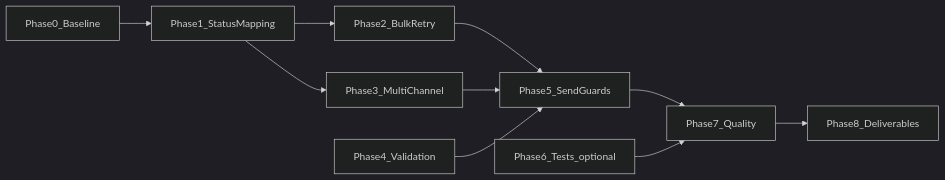
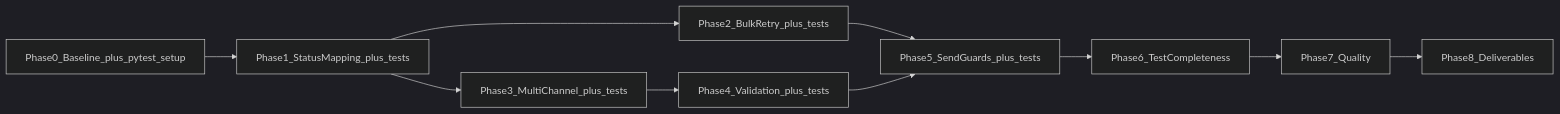
One commit to TehillaZ/AI-agent-workflow-notifications changed the second of 2 diagrams in PLAN.md. Above: the diagram before and after it, drawn with Mermaid (dark theme). The commit also changed other lines of this file and 1 other file, not shown here.

````diff
--- a/PLAN.md
+++ b/PLAN.md
@@ -373,12 +422,12 @@
 ```mermaid
 flowchart LR
-    P0[Phase0_Baseline] --> P1[Phase1_StatusMapping]
-    P1 --> P2[Phase2_BulkRetry]
-    P1 --> P3[Phase3_MultiChannel]
-    P2 --> P5[Phase5_SendGuards]
-    P3 --> P5
-    P4[Phase4_Validation] --> P5
-    P5 --> P7[Phase7_Quality]
-    P6[Phase6_Tests_optional] --> P7
+    P0[Phase0_Baseline_plus_pytest_setup] --> P1[Phase1_StatusMapping_plus_tests]
+    P1 --> P2[Phase2_BulkRetry_plus_tests]
+    P1 --> P3[Phase3_MultiChannel_plus_tests]
+    P3 --> P4[Phase4_Validation_plus_tests]
+    P2 --> P5[Phase5_SendGuards_plus_tests]
+    P4 --> P5
+    P5 --> P6[Phase6_TestCompleteness]
+    P6 --> P7[Phase7_Quality]
     P7 --> P8[Phase8_Deliverables]
 ```
````
